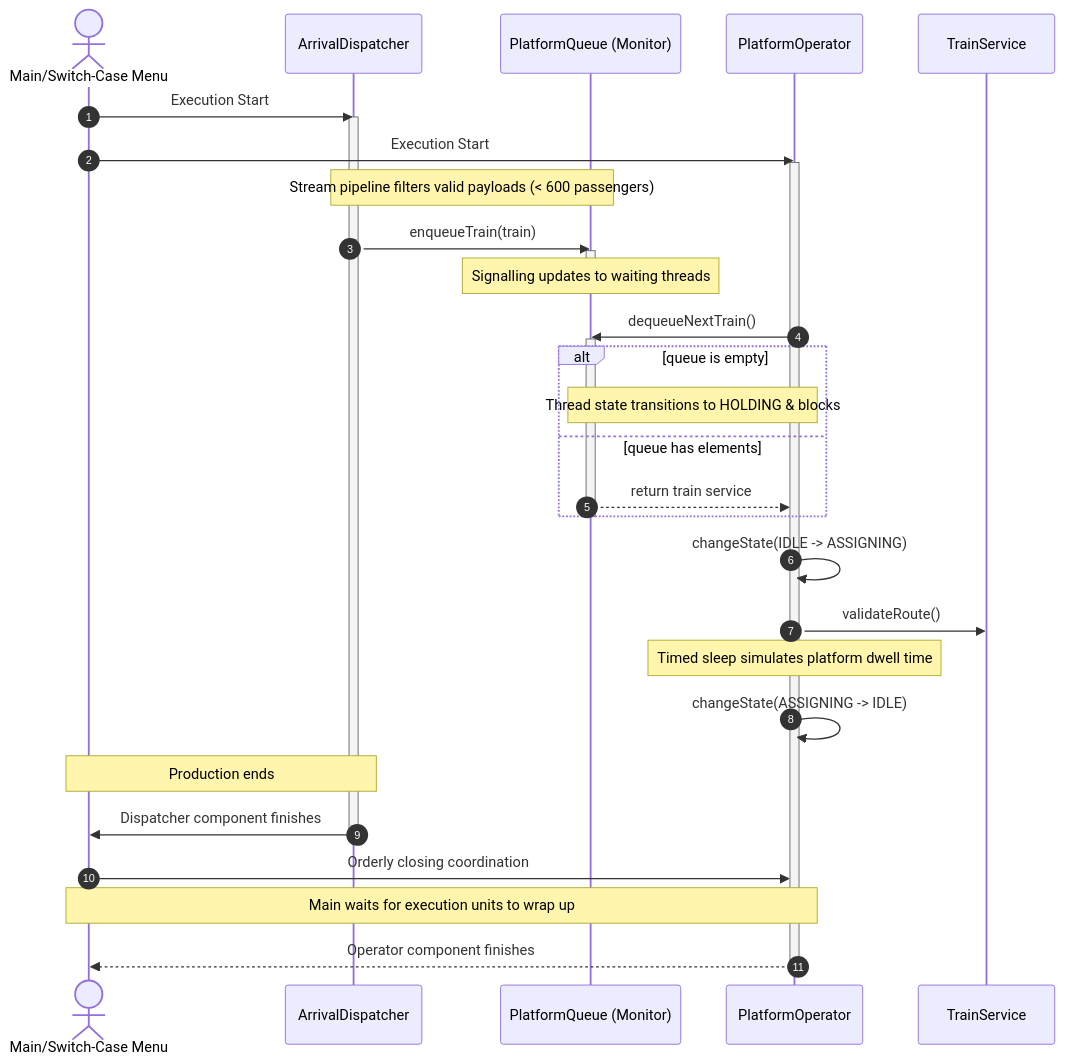
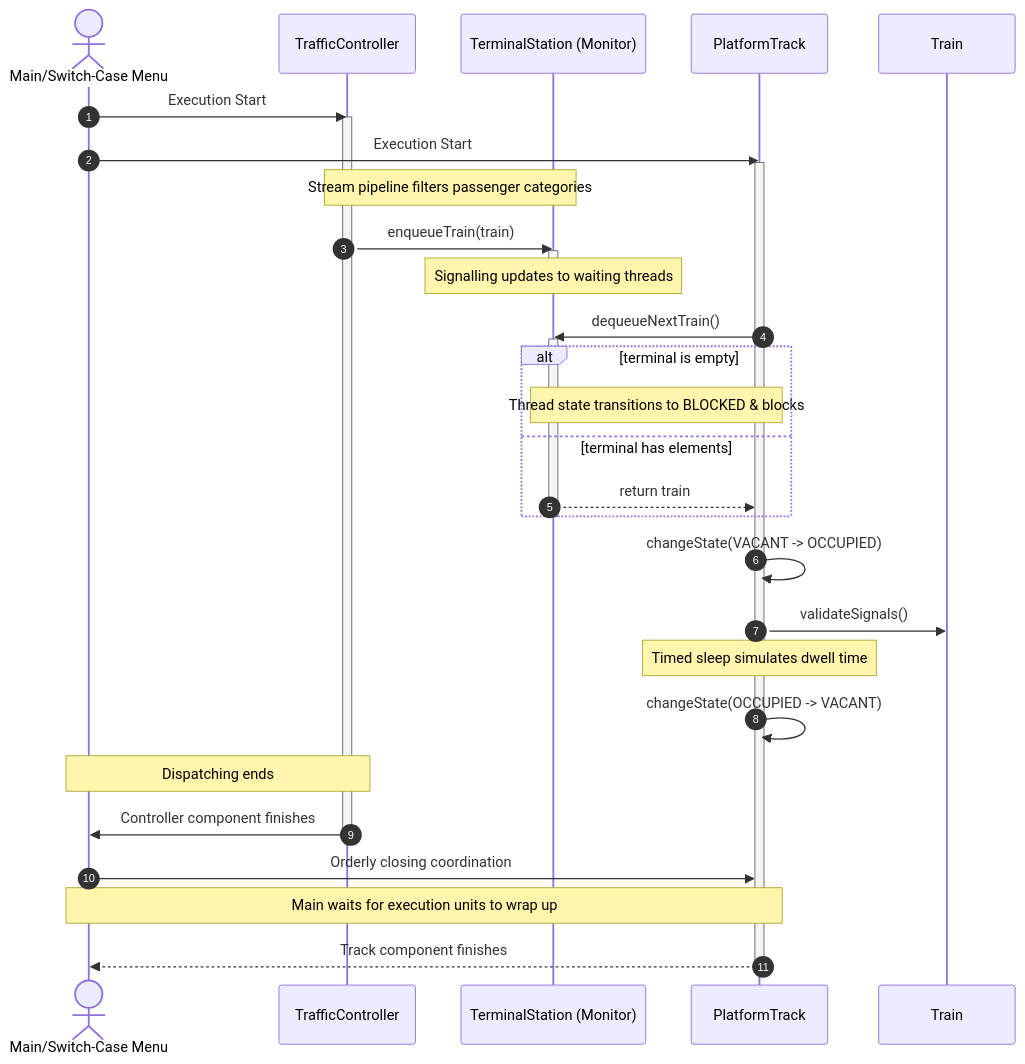
One commit to kovexison/isp-test-3-2026-2 changed the second of 2 diagrams in README.md. Above: the diagram before and after it, drawn with Mermaid. The commit also changed other lines of this file and 12 other files, not shown here.

````diff
--- a/README.md
+++ b/README.md
@@ -82,43 +84,43 @@
 ```mermaid
 sequenceDiagram
     autonumber
     actor UserMenu as Main/Switch-Case Menu
-    participant AD as ArrivalDispatcher
-    participant PQ as PlatformQueue (Monitor)
-    participant PO as PlatformOperator
-    participant TS as TrainService
+    participant TC as TrafficController
+    participant TS as TerminalStation (Monitor)
+    participant PT as PlatformTrack
+    participant T as Train
 
-    UserMenu->>AD: Execution Start
-    activate AD
-    UserMenu->>PO: Execution Start
-    activate PO
+    UserMenu->>TC: Execution Start
+    activate TC
+    UserMenu->>PT: Execution Start
+    activate PT
     
-    Note over AD, PQ: Stream pipeline filters valid payloads (< 600 passengers)
-    AD->>PQ: enqueueTrain(train)
-    activate PQ
-    Note over PQ: Signalling updates to waiting threads
-    deactivate PQ
+    Note over TC, TS: Stream pipeline filters passenger categories
+    TC->>TS: enqueueTrain(train)
+    activate TS
+    Note over TS: Signalling updates to waiting threads
+    deactivate TS
     
-    PO->>PQ: dequeueNextTrain()
-    activate PQ
-    alt queue is empty
-        Note over PQ, PO: Thread state transitions to HOLDING & blocks
-    else queue has elements
-        PQ-->>PO: return train service
+    PT->>TS: dequeueNextTrain()
+    activate TS
+    alt terminal is empty
+        Note over TS, PT: Thread state transitions to BLOCKED & blocks
+    else terminal has elements
+        TS-->>PT: return train
     end
-    deactivate PQ
+    deactivate TS
     
-    PO->>PO: changeState(IDLE -> ASSIGNING)
-    PO->>TS: validateRoute()
-    Note over PO: Timed sleep simulates platform dwell time
-    PO->>PO: changeState(ASSIGNING -> IDLE)
+    PT->>PT: changeState(VACANT -> OCCUPIED)
+    PT->>T: validateSignals()
+    Note over PT: Timed sleep simulates dwell time
+    PT->>PT: changeState(OCCUPIED -> VACANT)
     
-    Note over AD, UserMenu: Production ends
-    AD->>UserMenu: Dispatcher component finishes
-    deactivate AD
+    Note over TC, UserMenu: Dispatching ends
+    TC->>UserMenu: Controller component finishes
+    deactivate TC
     
-    UserMenu->>PO: Orderly closing coordination
-    Note over PO, UserMenu: Main waits for execution units to wrap up
-    PO-->>UserMenu: Operator component finishes
-    deactivate PO
+    UserMenu->>PT: Orderly closing coordination
+    Note over PT, UserMenu: Main waits for execution units to wrap up
+    PT-->>UserMenu: Track component finishes
+    deactivate PT
 ```
````
